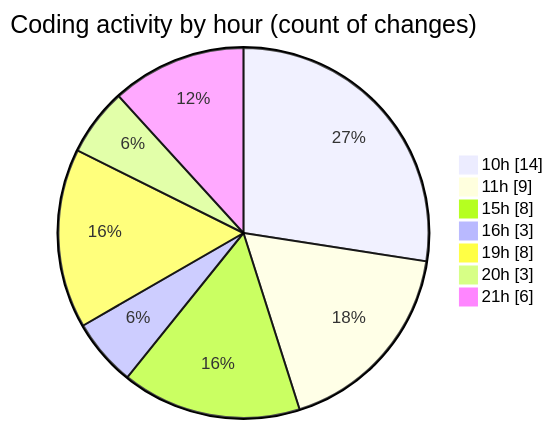
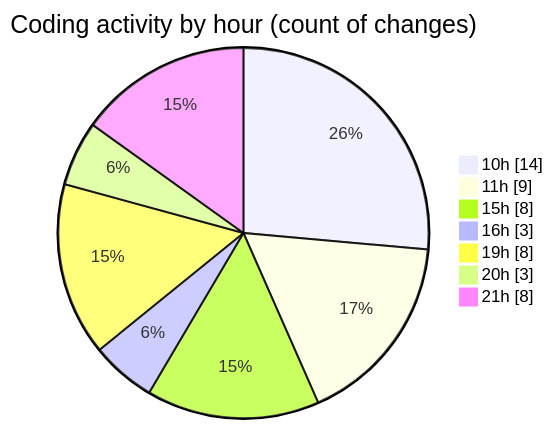
One commit to Elitesun/code-tracking changed the second of 2 diagrams in 2025-02-08/react_ecom/README.md. Above: the diagram before and after it, drawn with Mermaid. The commit also changed other lines of this file and 1 other file, not shown here.

````diff
--- a/2025-02-08/react_ecom/README.md
+++ b/2025-02-08/react_ecom/README.md
@@ -37,11 +38,11 @@
 ```mermaid
 pie showData
 title Coding activity by hour (count of changes)
 "10h" : 14
 "11h" : 9
 "15h" : 8
 "16h" : 3
 "19h" : 8
 "20h" : 3
-"21h" : 6
+"21h" : 8
 ```
````
